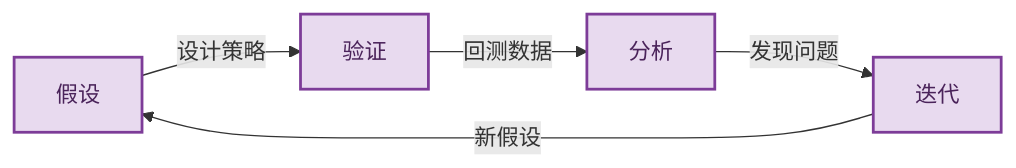
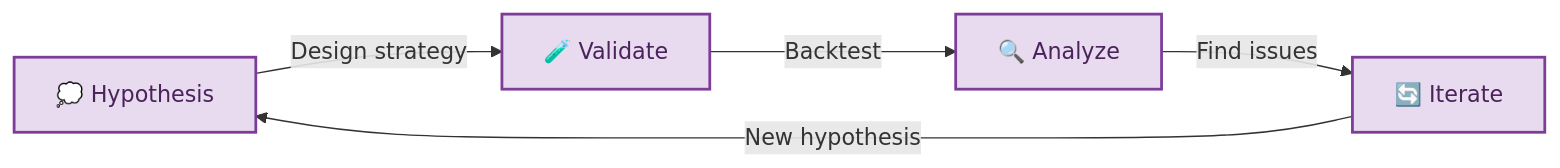
Before and after one commit to gh59/crypto-trading-research: the fourth of 4 diagrams in README.md, drawn with Mermaid. The commit also changed other lines of this file and 1 other file, not shown here.

````diff
--- a/README.md
+++ b/README.md
@@ -119,9 +121,9 @@
 ```mermaid
 graph LR
-    A["假设"]:::step -->|"设计策略"| B["验证"]:::step
-    B -->|"回测数据"| C["分析"]:::step
-    C -->|"发现问题"| D["迭代"]:::step
-    D -->|"新假设"| A
+    A["💭 Hypothesis"]:::step -->|"Design strategy"| B["🧪 Validate"]:::step
+    B -->|"Backtest"| C["🔍 Analyze"]:::step
+    C -->|"Find issues"| D["🔄 Iterate"]:::step
+    D -->|"New hypothesis"| A
 
     classDef step fill:#e8daef,stroke:#7d3c98,color:#4a235a,stroke-width:2px
 ```
````
